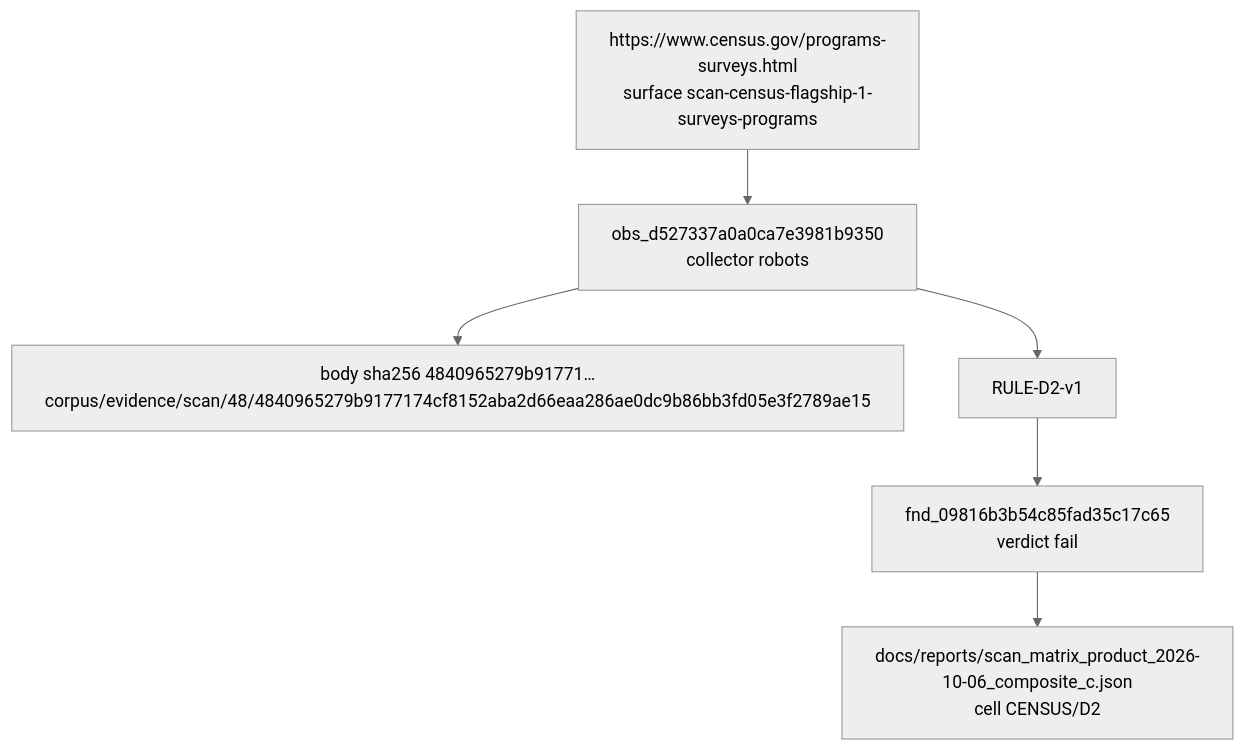
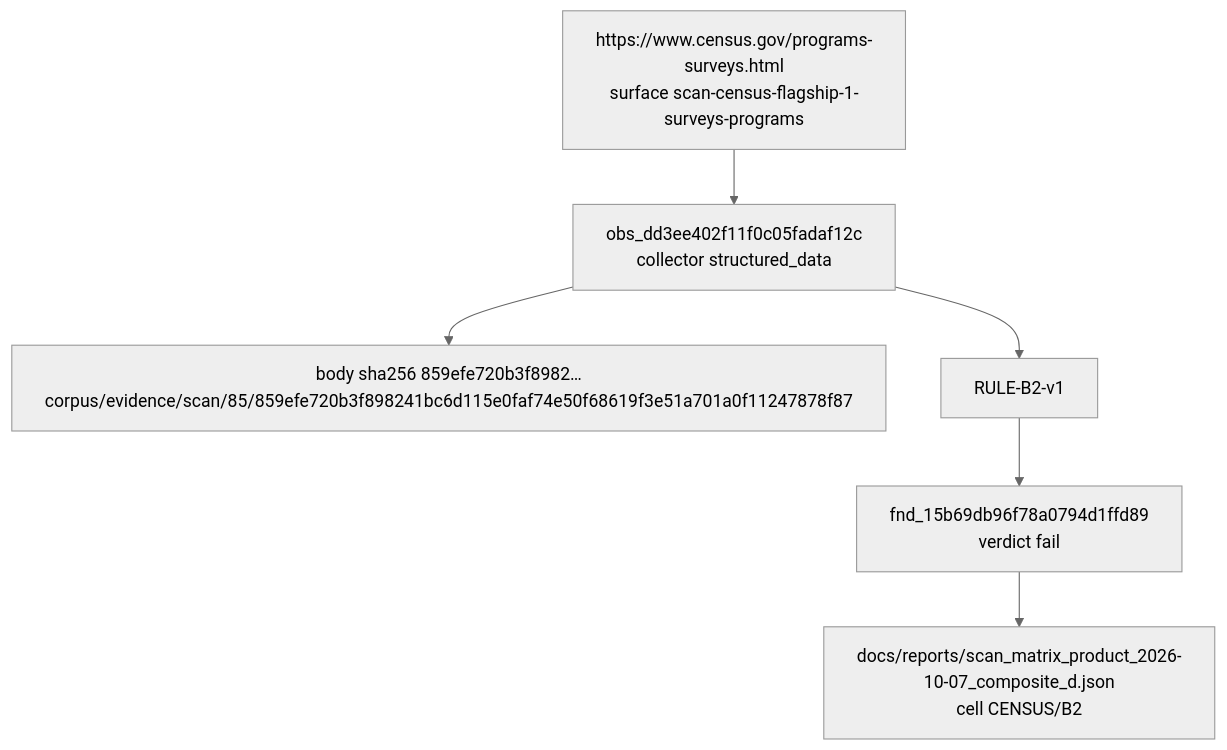
One commit to brockwebb/ai-readiness-kg changed the third of 4 diagrams in docs/brief/E_architecture.md. Above: the diagram before and after it, drawn with Mermaid (neutral theme). The commit also changed other lines of this file and 85 other files, not shown here.

First line of the commit message:
views: evidence map, KG answers, brief pack and MCP doc on scan_2026-10-07_composite_d; every --check passes (c966dfd5, decision 5, ADDENDUM_01 B)

````diff
--- a/docs/brief/E_architecture.md
+++ b/docs/brief/E_architecture.md
@@ -88,8 +88,8 @@
 ```mermaid
 flowchart TB
-  u["https://www.census.gov/programs-surveys.html<br/>surface scan-census-flagship-1-surveys-programs"] --> o["obs_d527337a0a0ca7e3981b9350<br/>collector robots"]
-  o --> b["body sha256 4840965279b91771…<br/>corpus/evidence/scan/48/4840965279b9177174cf8152aba2d66eaa286ae0dc9b86bb3fd05e3f2789ae15"]
-  o --> r["RULE-D2-v1"]
-  r --> f["fnd_09816b3b54c85fad35c17c65<br/>verdict fail"]
-  f --> m["docs/reports/scan_matrix_product_2026-10-06_composite_c.json<br/>cell CENSUS/D2"]
+  u["https://www.census.gov/programs-surveys.html<br/>surface scan-census-flagship-1-surveys-programs"] --> o["obs_dd3ee402f11f0c05fadaf12c<br/>collector structured_data"]
+  o --> b["body sha256 859efe720b3f8982…<br/>corpus/evidence/scan/85/859efe720b3f898241bc6d115e0faf74e50f68619f3e51a701a0f11247878f87"]
+  o --> r["RULE-B2-v1"]
+  r --> f["fnd_15b69db96f78a0794d1ffd89<br/>verdict fail"]
+  f --> m["docs/reports/scan_matrix_product_2026-10-07_composite_d.json<br/>cell CENSUS/B2"]
 ```
````
